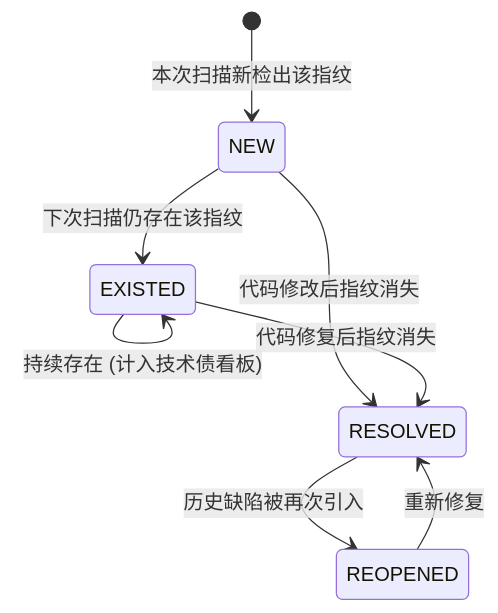
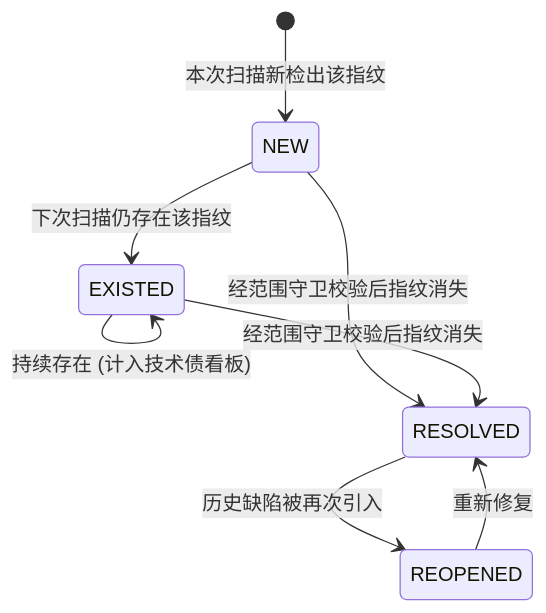
One commit to fugui/code-shield changed the fourth of 7 diagrams in docs/agentic-scanner-architecture/06-CodeShield-多任务企业治理与历史记忆闭环深度设计.md. Above: the diagram before and after it, drawn with Mermaid. The commit also changed other lines of this file and 6 other files, not shown here.

````diff
--- a/docs/agentic-scanner-architecture/06-CodeShield-多任务企业治理与历史记忆闭环深度设计.md
+++ b/docs/agentic-scanner-architecture/06-CodeShield-多任务企业治理与历史记忆闭环深度设计.md
@@ -84,13 +94,13 @@
 ```mermaid
 stateDiagram-v2
     [*] --> NEW: 本次扫描新检出该指纹
     
     NEW --> EXISTED: 下次扫描仍存在该指纹
-    NEW --> RESOLVED: 代码修改后指纹消失
+    NEW --> RESOLVED: 经范围守卫校验后指纹消失
     
     EXISTED --> EXISTED: 持续存在 (计入技术债看板)
-    EXISTED --> RESOLVED: 代码修复后指纹消失
+    EXISTED --> RESOLVED: 经范围守卫校验后指纹消失
     
     RESOLVED --> REOPENED: 历史缺陷被再次引入
     REOPENED --> RESOLVED: 重新修复
 ```
````
